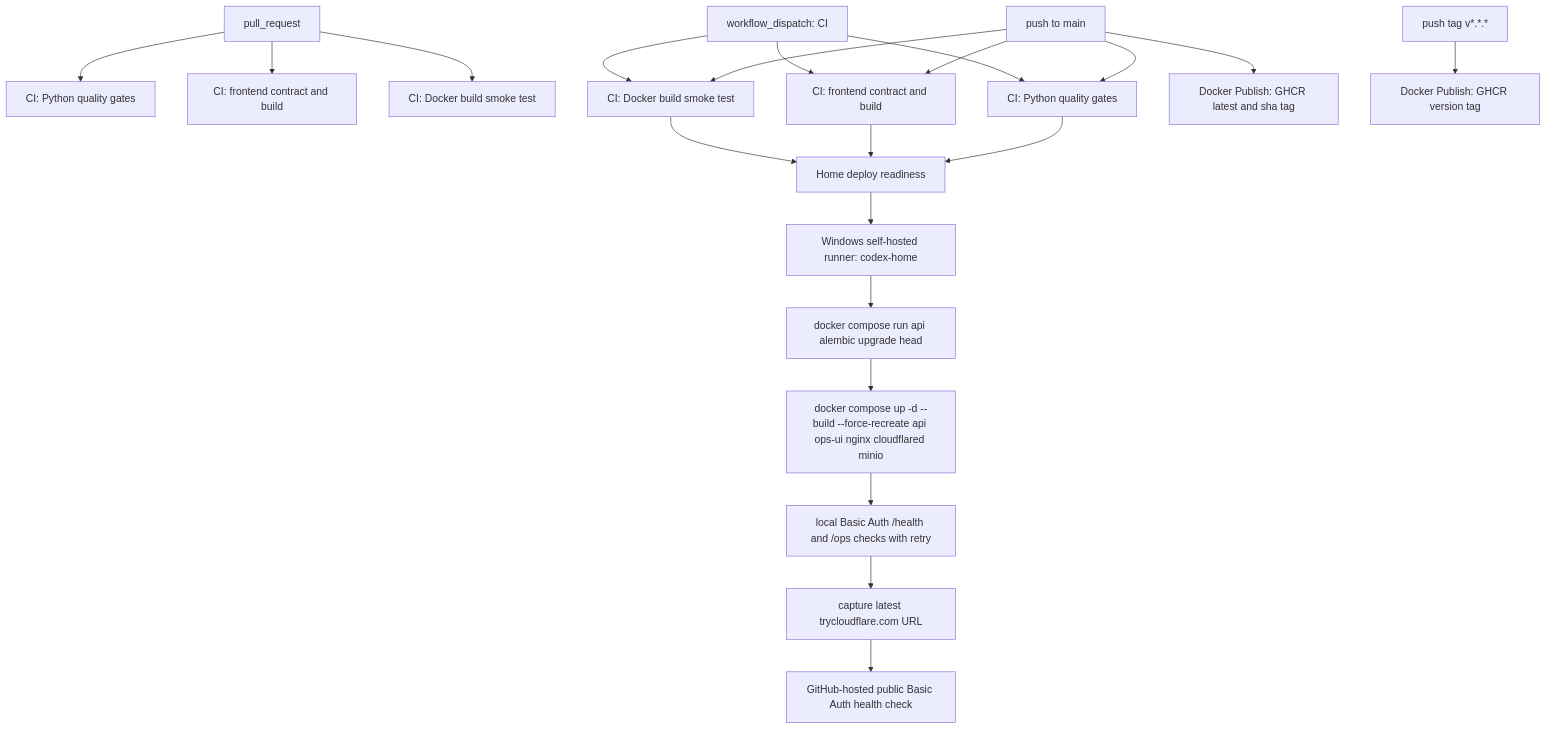
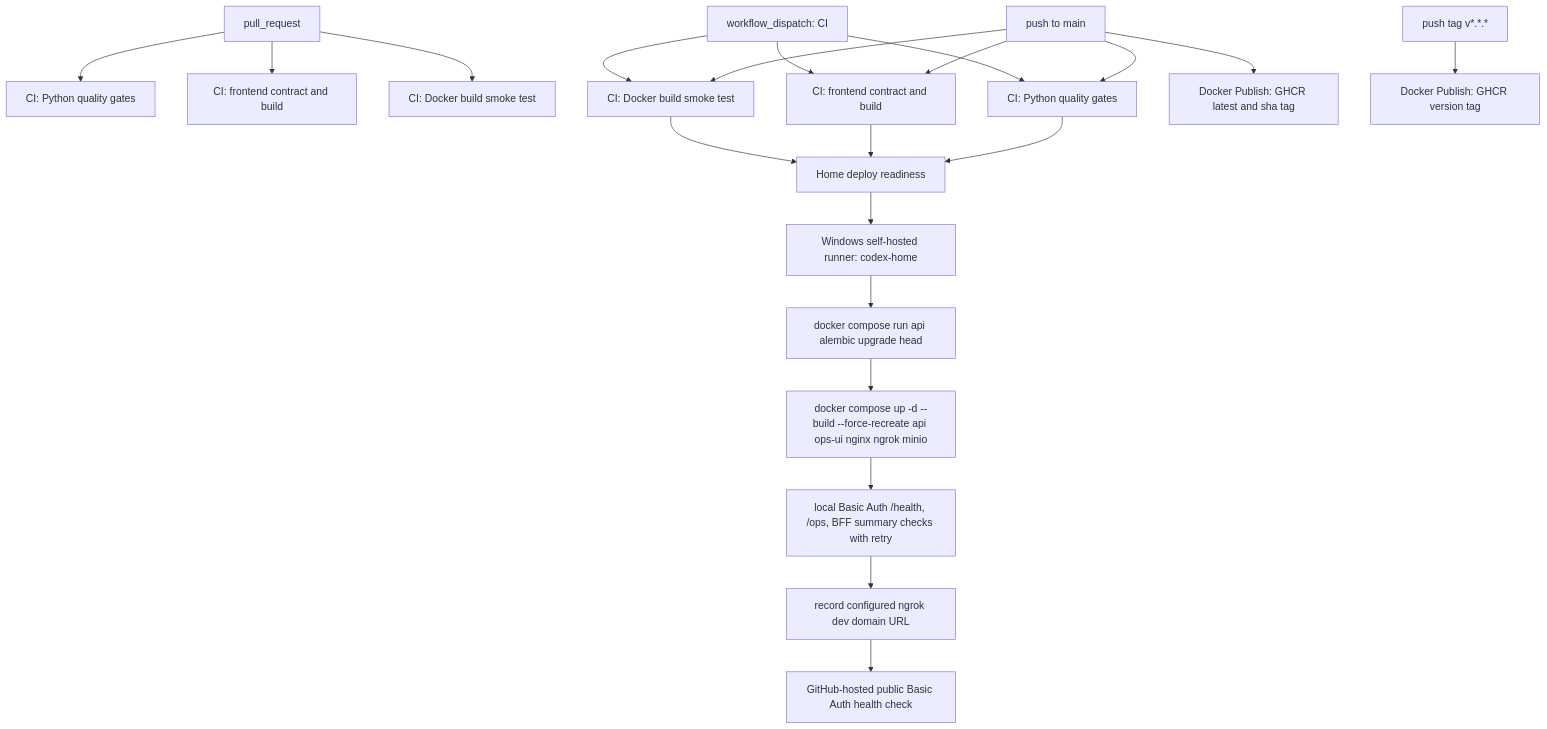
One commit to Mabaragi/codex-youtube-pipeline changed the first of 5 diagrams in docs/CICD.md. Above: the diagram before and after it, drawn with Mermaid. The commit also changed other lines of this file and 7 other files, not shown here.

````diff
--- a/docs/CICD.md
+++ b/docs/CICD.md
@@ -15,26 +15,26 @@
 ```mermaid
 flowchart TD
     PR["pull_request"] --> QualityPR["CI: Python quality gates"]
     PR --> FrontendPR["CI: frontend contract and build"]
     PR --> DockerPR["CI: Docker build smoke test"]
 
     Main["push to main"] --> QualityMain["CI: Python quality gates"]
     Main --> FrontendMain["CI: frontend contract and build"]
     Main --> DockerMain["CI: Docker build smoke test"]
     Main --> PublishMain["Docker Publish: GHCR latest and sha tag"]
 
     QualityMain --> Preflight["Home deploy readiness"]
     FrontendMain --> Preflight
     DockerMain --> Preflight
     Preflight --> HomeRunner["Windows self-hosted runner: codex-home"]
     HomeRunner --> Migration["docker compose run api alembic upgrade head"]
-    Migration --> ComposeDeploy["docker compose up -d --build --force-recreate api ops-ui nginx cloudflared minio"]
-    ComposeDeploy --> LocalHealth["local Basic Auth /health and /ops checks with retry"]
-    LocalHealth --> CaptureUrl["capture latest trycloudflare.com URL"]
+    Migration --> ComposeDeploy["docker compose up -d --build --force-recreate api ops-ui nginx ngrok minio"]
+    ComposeDeploy --> LocalHealth["local Basic Auth /health, /ops, BFF summary checks with retry"]
+    LocalHealth --> CaptureUrl["record configured ngrok dev domain URL"]
     CaptureUrl --> PublicHealth["GitHub-hosted public Basic Auth health check"]
 
     Tag["push tag v*.*.*"] --> PublishTag["Docker Publish: GHCR version tag"]
     Manual["workflow_dispatch: CI"] --> QualityMain
     Manual --> FrontendMain
     Manual --> DockerMain
 ```
````
